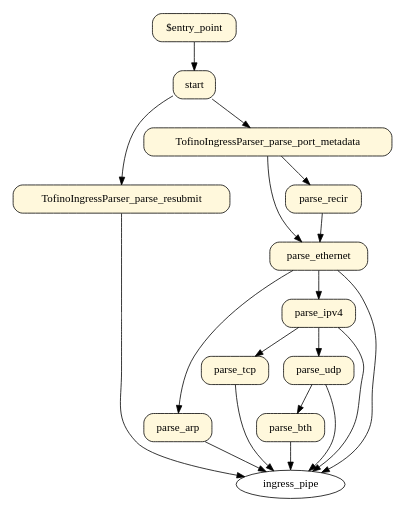
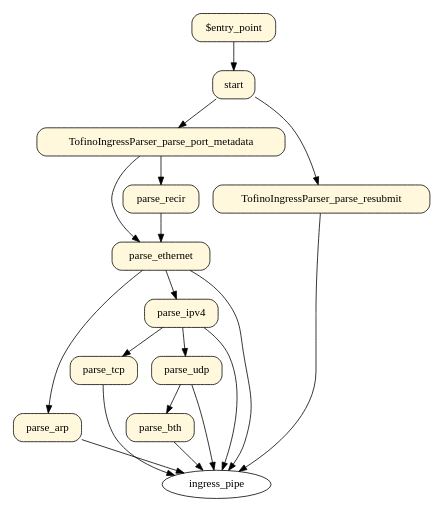
Before and after one commit to Networked-System-and-Security-Group/Themis: the diagram in P4/tofino2/pipe/graphs/0_before_clot_allocation_ingress.dot, drawn with Graphviz. The commit also changed 39 other files, not shown here.

```diff
--- a/P4/tofino2/pipe/graphs/0_before_clot_allocation_ingress.dot
+++ b/P4/tofino2/pipe/graphs/0_before_clot_allocation_ingress.dot
@@ -1,32 +1,32 @@
 digraph parser {
 size="8,5"
-State0x7e32380 [shape=record, style="filled,rounded", fillcolor=cornsilk, label="{parse_arp}"];
-State0x7e32700 [shape=record, style="filled,rounded", fillcolor=cornsilk, label="{parse_bth}"];
-State0x7e32e00 [shape=record, style="filled,rounded", fillcolor=cornsilk, label="{parse_tcp}"];
-State0xa91fe00 [shape=record, style="filled,rounded", fillcolor=cornsilk, label="{start}"];
-State0xaf95c40 [shape=record, style="filled,rounded", fillcolor=cornsilk, label="{TofinoIngressParser_parse_resubmit}"];
-State0xafed1c0 [shape=record, style="filled,rounded", fillcolor=cornsilk, label="{\$entry_point}"];
-State0xb63d000 [shape=record, style="filled,rounded", fillcolor=cornsilk, label="{parse_ipv4}"];
-State0xb63d380 [shape=record, style="filled,rounded", fillcolor=cornsilk, label="{parse_ethernet}"];
-State0xb63d700 [shape=record, style="filled,rounded", fillcolor=cornsilk, label="{parse_recir}"];
-State0xb63d8c0 [shape=record, style="filled,rounded", fillcolor=cornsilk, label="{TofinoIngressParser_parse_port_metadata}"];
-State0xb6418c0 [shape=record, style="filled,rounded", fillcolor=cornsilk, label="{parse_udp}"];
-State0xafed1c0 -> State0xa91fe00 [  ]
-State0xa91fe00 -> State0xaf95c40 [  ]
-State0xa91fe00 -> State0xb63d8c0 [  ]
-State0xb63d8c0 -> State0xb63d700 [  ]
-State0xb63d8c0 -> State0xb63d380 [  ]
-State0xb63d700 -> State0xb63d380 [  ]
-State0xb63d380 -> State0xb63d000 [  ]
-State0xb63d380 -> State0x7e32380 [  ]
-State0xb63d000 -> State0x7e32e00 [  ]
-State0xb63d000 -> State0xb6418c0 [  ]
-State0xb6418c0 -> State0x7e32700 [  ]
-State0x7e32380 -> ingress_pipe [  ]
-State0x7e32700 -> ingress_pipe [  ]
-State0x7e32e00 -> ingress_pipe [  ]
-State0xaf95c40 -> ingress_pipe [  ]
-State0xb63d000 -> ingress_pipe [  ]
-State0xb63d380 -> ingress_pipe [  ]
-State0xb6418c0 -> ingress_pipe [  ]
+State0x817aa80 [shape=record, style="filled,rounded", fillcolor=cornsilk, label="{start}"];
+State0x817ae00 [shape=record, style="filled,rounded", fillcolor=cornsilk, label="{\$entry_point}"];
+State0x943e000 [shape=record, style="filled,rounded", fillcolor=cornsilk, label="{parse_arp}"];
+State0x943e540 [shape=record, style="filled,rounded", fillcolor=cornsilk, label="{parse_bth}"];
+State0x943e8c0 [shape=record, style="filled,rounded", fillcolor=cornsilk, label="{parse_tcp}"];
+State0x98d1000 [shape=record, style="filled,rounded", fillcolor=cornsilk, label="{parse_udp}"];
+State0x98d1700 [shape=record, style="filled,rounded", fillcolor=cornsilk, label="{parse_ipv4}"];
+State0x98d1a80 [shape=record, style="filled,rounded", fillcolor=cornsilk, label="{parse_ethernet}"];
+State0x98d1e00 [shape=record, style="filled,rounded", fillcolor=cornsilk, label="{parse_recir}"];
+State0x9da6000 [shape=record, style="filled,rounded", fillcolor=cornsilk, label="{TofinoIngressParser_parse_port_metadata}"];
+State0xa9a2a80 [shape=record, style="filled,rounded", fillcolor=cornsilk, label="{TofinoIngressParser_parse_resubmit}"];
+State0x817ae00 -> State0x817aa80 [  ]
+State0x817aa80 -> State0xa9a2a80 [  ]
+State0x817aa80 -> State0x9da6000 [  ]
+State0x9da6000 -> State0x98d1e00 [  ]
+State0x9da6000 -> State0x98d1a80 [  ]
+State0x98d1e00 -> State0x98d1a80 [  ]
+State0x98d1a80 -> State0x98d1700 [  ]
+State0x98d1a80 -> State0x943e000 [  ]
+State0x98d1700 -> State0x943e8c0 [  ]
+State0x98d1700 -> State0x98d1000 [  ]
+State0x98d1000 -> State0x943e540 [  ]
+State0x943e000 -> ingress_pipe [  ]
+State0x943e540 -> ingress_pipe [  ]
+State0x943e8c0 -> ingress_pipe [  ]
+State0x98d1000 -> ingress_pipe [  ]
+State0x98d1700 -> ingress_pipe [  ]
+State0x98d1a80 -> ingress_pipe [  ]
+State0xa9a2a80 -> ingress_pipe [  ]
 }
```
